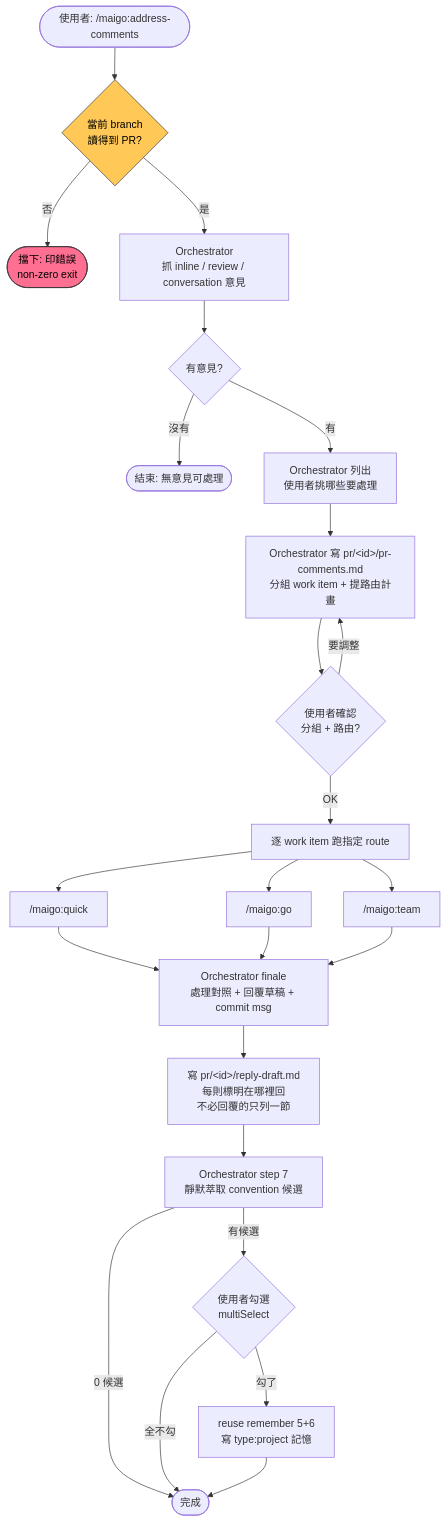
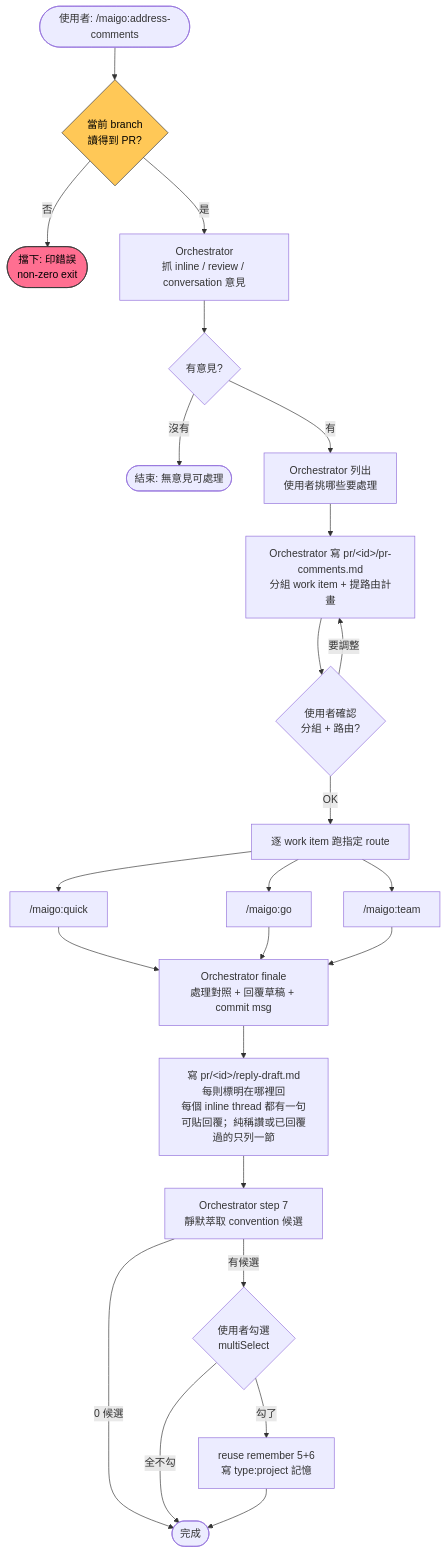
One commit to Lee-W/maigo changed the diagram in docs/commands/address-comments.md. Above: the diagram before and after it, drawn with Mermaid. The commit also changed 6 other files, not shown here.

First line of the commit message:
docs(address-comments): draft a short reply for every review thread

````diff
--- a/docs/commands/address-comments.md
+++ b/docs/commands/address-comments.md
@@ -1,32 +1,32 @@
 ```mermaid
 flowchart TD
     Start([使用者: /maigo:address-comments]) --> Gate{當前 branch<br/>讀得到 PR?}
     Gate -- 否 --> Block([擋下: 印錯誤<br/>non-zero exit])
     Gate -- 是 --> Fetch[Orchestrator<br/>抓 inline / review / conversation 意見]
     Fetch --> HasComments{有意見?}
     HasComments -- 沒有 --> NoOp([結束: 無意見可處理])
     HasComments -- 有 --> List[Orchestrator 列出<br/>使用者挑哪些要處理]
     List --> Plan[Orchestrator 寫 pr/&lt;id&gt;/pr-comments.md<br/>分組 work item + 提路由計畫]
     Plan --> Confirm{使用者確認<br/>分組 + 路由?}
     Confirm -- 要調整 --> Plan
     Confirm -- OK --> Route[逐 work item 跑指定 route]
     Route --> Quick["/maigo:quick"]
     Route --> Go["/maigo:go"]
     Route --> Team["/maigo:team"]
     Quick --> Finale[Orchestrator finale<br/>處理對照 + 回覆草稿 + commit msg]
     Go --> Finale
     Team --> Finale
-    Finale --> Draft[寫 pr/&lt;id&gt;/reply-draft.md<br/>每則標明在哪裡回<br/>不必回覆的只列一節]
+    Finale --> Draft[寫 pr/&lt;id&gt;/reply-draft.md<br/>每則標明在哪裡回<br/>每個 inline thread 都有一句可貼回覆；純稱讚或已回覆過的只列一節]
     Draft --> Learn
     Learn[Orchestrator step 7<br/>靜默萃取 convention 候選]
     Learn -- 0 候選 --> Done([完成])
     Learn -- 有候選 --> Ask{使用者勾選<br/>multiSelect}
     Ask -- 全不勾 --> Done
     Ask -- 勾了 --> Write[reuse remember 5+6<br/>寫 type:project 記憶]
     Write --> Done
 
     classDef gate fill:#FFC857,stroke:#333,color:#000
     classDef block fill:#FF6F91,stroke:#333,color:#000
     class Gate gate
     class Block block
 ```
````
